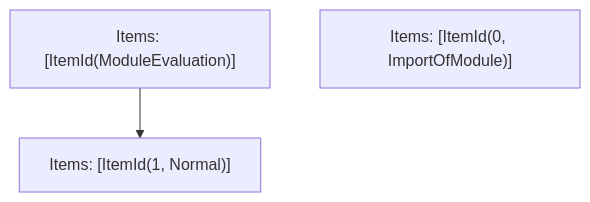
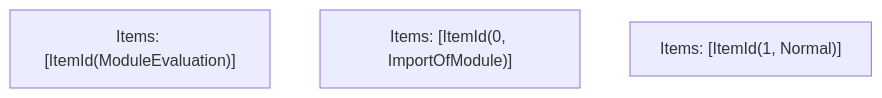
One commit to Sonar-UX-Testing-FreePlan/next.js changed the fifth of 5 diagrams in turbopack/crates/turbopack-ecmascript/tests/tree-shaker/analyzer/dce/output.md. Above: the diagram before and after it, drawn with Mermaid. The commit also changed other lines of this file and 30 other files, not shown here.

````diff
--- a/turbopack/crates/turbopack-ecmascript/tests/tree-shaker/analyzer/dce/output.md
+++ b/turbopack/crates/turbopack-ecmascript/tests/tree-shaker/analyzer/dce/output.md
@@ -81,7 +81,6 @@
 ```mermaid
 graph TD
     N0["Items: [ItemId(ModuleEvaluation)]"];
-    N1["Items: [ItemId(1, Normal)]"];
-    N2["Items: [ItemId(0, ImportOfModule)]"];
-    N0 --> N1;
+    N1["Items: [ItemId(0, ImportOfModule)]"];
+    N2["Items: [ItemId(1, Normal)]"];
 ```
````
